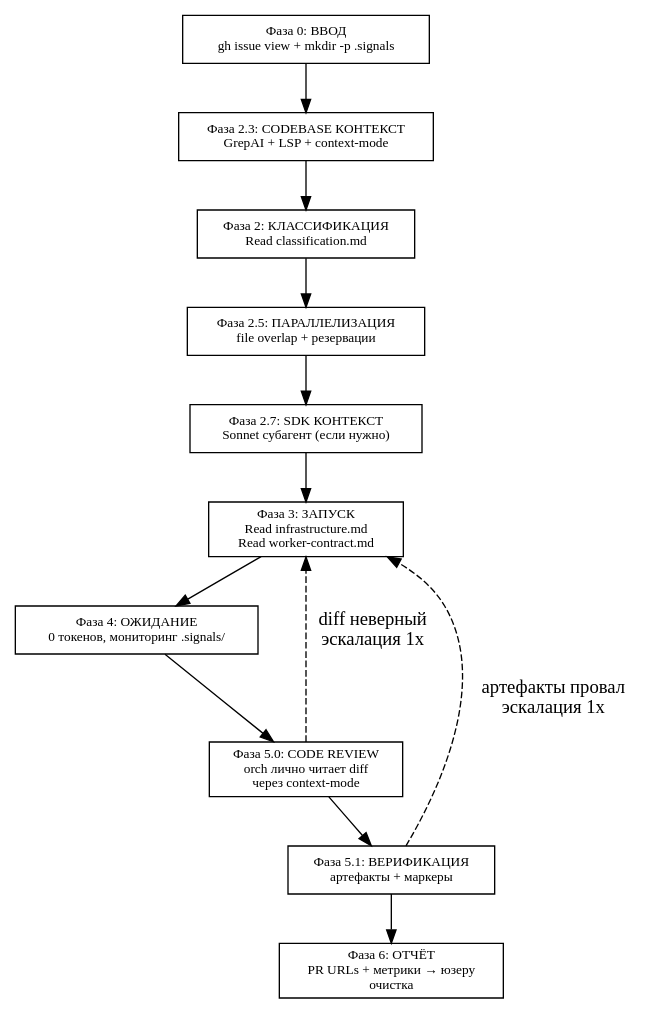
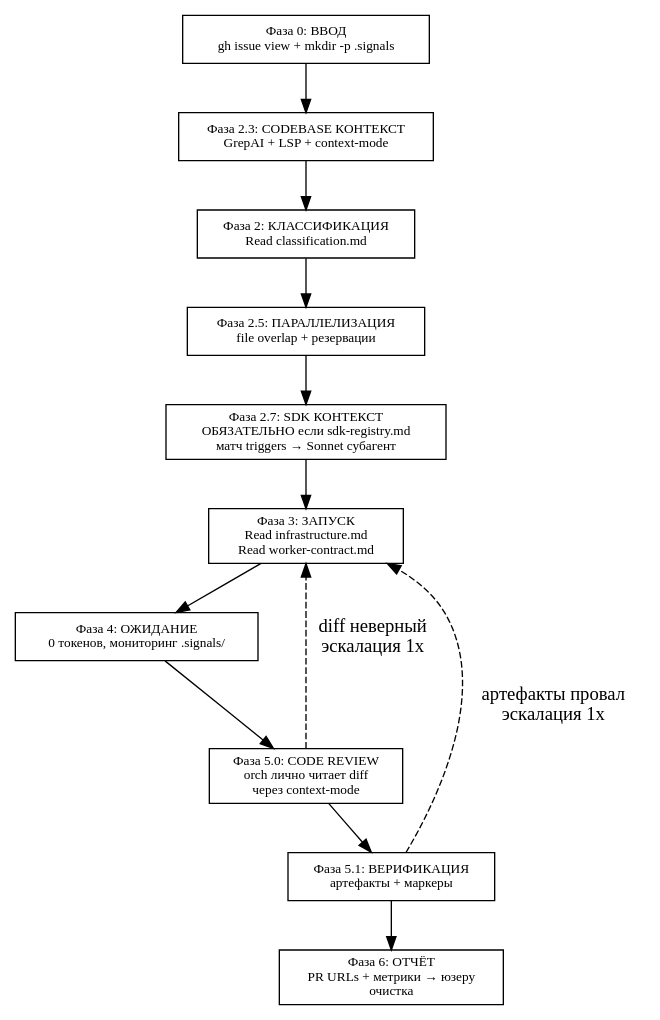
One commit to yastman/rag changed the diagram in .claude/skills/tmux-swarm-orchestration/SKILL.md. Above: the diagram before and after it, drawn with Graphviz. The commit also changed other lines of this file and 6 other files, not shown here.

````diff
--- a/.claude/skills/tmux-swarm-orchestration/SKILL.md
+++ b/.claude/skills/tmux-swarm-orchestration/SKILL.md
@@ -27,19 +27,19 @@
 ```dot
 digraph flow {
   rankdir=TB; node [shape=box, fontsize=10];
   init [label="Фаза 0: ВВОД\ngh issue view + mkdir -p .signals"];
   codebase [label="Фаза 2.3: CODEBASE КОНТЕКСТ\nGrepAI + LSP + context-mode"];
   classify [label="Фаза 2: КЛАССИФИКАЦИЯ\nRead classification.md"];
   parallel [label="Фаза 2.5: ПАРАЛЛЕЛИЗАЦИЯ\nfile overlap + резервации"];
-  sdk [label="Фаза 2.7: SDK КОНТЕКСТ\nSonnet субагент (если нужно)"];
+  sdk [label="Фаза 2.7: SDK КОНТЕКСТ\nОБЯЗАТЕЛЬНО если sdk-registry.md\nматч triggers → Sonnet субагент"];
   spawn [label="Фаза 3: ЗАПУСК\nRead infrastructure.md\nRead worker-contract.md"];
   wait [label="Фаза 4: ОЖИДАНИЕ\n0 токенов, мониторинг .signals/"];
   review [label="Фаза 5.0: CODE REVIEW\norch лично читает diff\nчерез context-mode"];
   verify [label="Фаза 5.1: ВЕРИФИКАЦИЯ\nартефакты + маркеры"];
   report [label="Фаза 6: ОТЧЁТ\nPR URLs + метрики → юзеру\nочистка"];
 
   init -> codebase -> classify -> parallel -> sdk -> spawn -> wait -> review -> verify -> report;
   review -> spawn [label="diff неверный\nэскалация 1x", style=dashed];
   verify -> spawn [label="артефакты провал\nэскалация 1x", style=dashed];
 }
 ```
````
